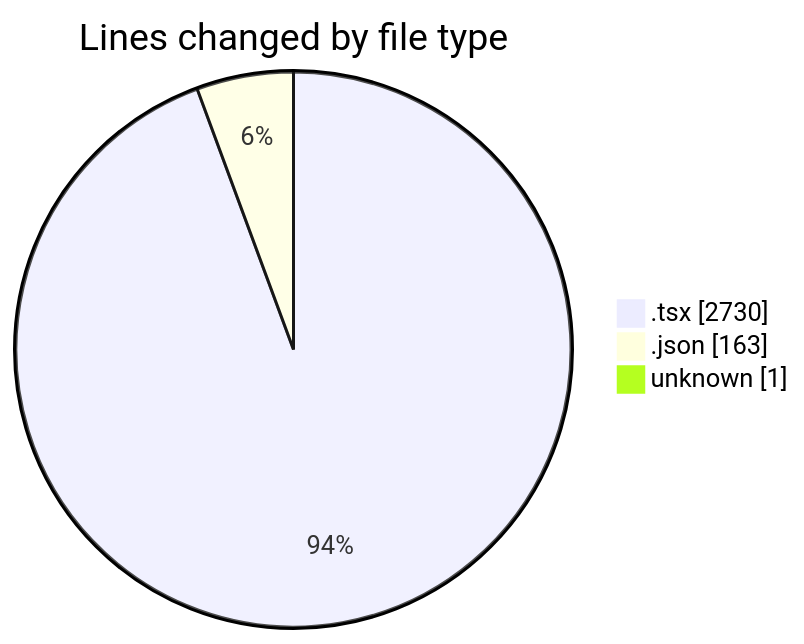
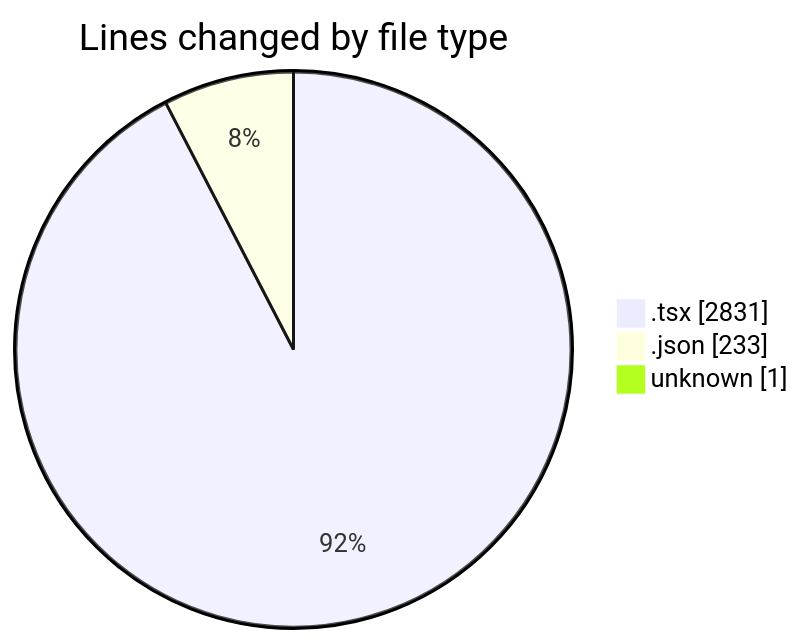
Before and after one commit to Elitesun/code-tracking: the first of 2 diagrams in 2025-05-07/niten/README.md, drawn with Mermaid. The commit also changed other lines of this file and 1 other file, not shown here.

````diff
--- a/2025-05-07/niten/README.md
+++ b/2025-05-07/niten/README.md
@@ -46,7 +49,7 @@
 ```mermaid
 pie showData
 title Lines changed by file type
-".tsx" : 2730
-".json" : 163
+".tsx" : 2831
+".json" : 233
 "unknown" : 1
 ```
````
